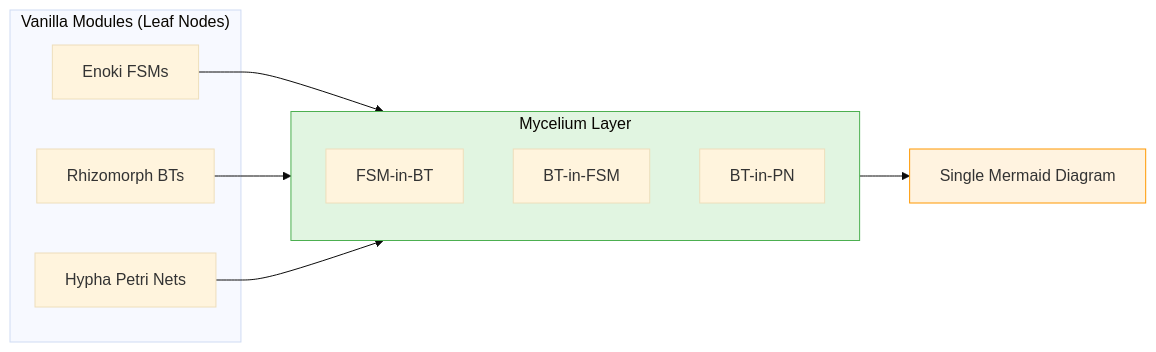
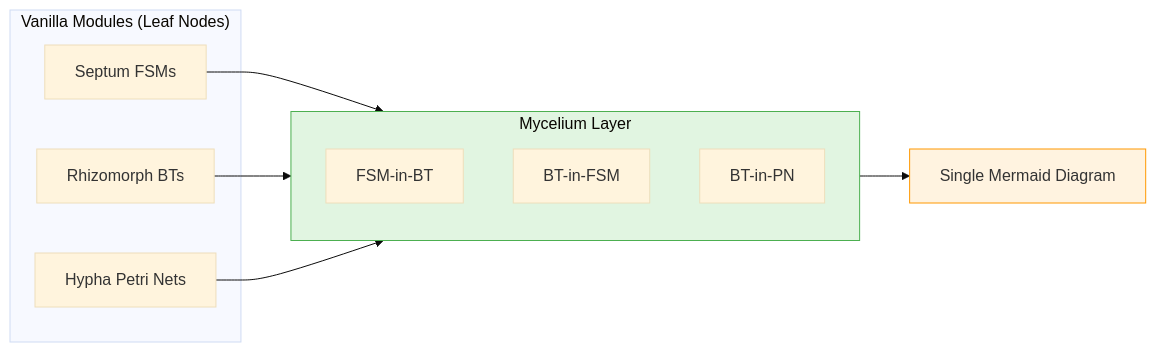
The first of 2 diagrams in docs/mycelium/index.md (Jeff-Ciesielski/mycorrhizal), drawn with Mermaid before and after one commit. The commit also changed other lines of this file and 50 other files, not shown here.

First line of the commit message:
[refactor] Rename Enoki FSM module to Septum

````diff
--- a/docs/mycelium/index.md
+++ b/docs/mycelium/index.md
@@ -19,24 +19,24 @@
 ```mermaid
 %%{init: {'theme':'base'}}%%
 flowchart LR
     subgraph Vanilla["Vanilla Modules (Leaf Nodes)"]
-        FSM[Enoki FSMs]
+        FSM[Septum FSMs]
         BT[Rhizomorph BTs]
         PN[Hypha Petri Nets]
     end
 
     subgraph Mycelium["Mycelium Layer"]
         FSMBT[FSM-in-BT]
         BTFSM[BT-in-FSM]
         BTPN[BT-in-PN]
     end
 
     FSM --> Mycelium
     BT --> Mycelium
     PN --> Mycelium
 
     Mycelium --> Diagram["Single Mermaid Diagram"]
 
     style Mycelium fill:#e1f5e1,stroke:#4caf50
     style Diagram fill:#fff3e0,stroke:#ff9800
 ```
````
